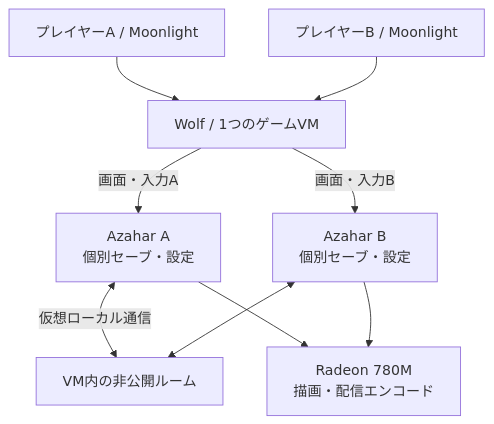
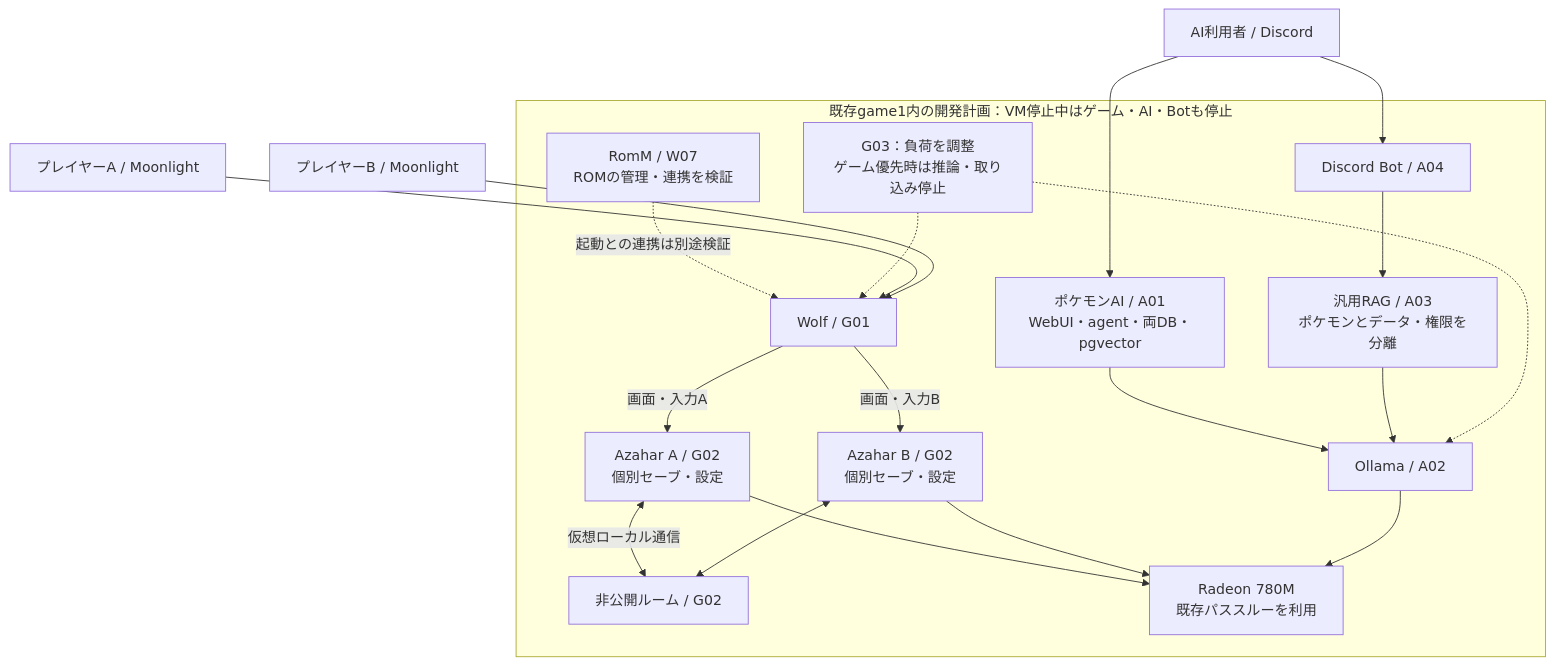
The diagram in docs/architecture/diagrams/gaming.mmd (rurutheGeek/shake-cloud), drawn with Mermaid before and after one commit. The commit also changed 192 other files, not shown here.

```diff
--- a/docs/architecture/diagrams/gaming.mmd
+++ b/docs/architecture/diagrams/gaming.mmd
@@ -1,9 +1,34 @@
 flowchart TB
-  a["プレイヤーA / Moonlight"] --> wolf["Wolf / 1つのゲームVM"]
-  b["プレイヤーB / Moonlight"] --> wolf
-  wolf -->|画面・入力A| ea["Azahar A<br/>個別セーブ・設定"]
-  wolf -->|画面・入力B| eb["Azahar B<br/>個別セーブ・設定"]
-  ea <-->|仮想ローカル通信| room["VM内の非公開ルーム"]
-  eb <--> room
-  ea --> gpu["Radeon 780M<br/>描画・配信エンコード"]
-  eb --> gpu
+  a["プレイヤーA / Moonlight"]
+  b["プレイヤーB / Moonlight"]
+  user["AI利用者 / Discord"]
+  subgraph vm["既存game1内の開発計画：VM停止中はゲーム・AI・Botも停止"]
+    wolf["Wolf / G01"]
+    ea["Azahar A / G02<br/>個別セーブ・設定"]
+    eb["Azahar B / G02<br/>個別セーブ・設定"]
+    room["非公開ルーム / G02"]
+    romm["RomM / W07<br/>ROMの管理・連携を検証"]
+    pokemon["ポケモンAI / A01<br/>WebUI・agent・両DB・pgvector"]
+    rag["汎用RAG / A03<br/>ポケモンとデータ・権限を分離"]
+    bot["Discord Bot / A04"]
+    ollama["Ollama / A02"]
+    gpu["Radeon 780M<br/>既存パススルーを利用"]
+    profile["G03：負荷を調整<br/>ゲーム優先時は推論・取り込み停止"]
+    wolf -->|画面・入力A| ea
+    wolf -->|画面・入力B| eb
+    ea <-->|仮想ローカル通信| room
+    eb <--> room
+    ea --> gpu
+    eb --> gpu
+    romm -. 起動との連携は別途検証 .-> wolf
+    pokemon --> ollama
+    bot --> rag
+    rag --> ollama
+    ollama --> gpu
+    profile -.-> ollama
+    profile -.-> wolf
+  end
+  a --> wolf
+  b --> wolf
+  user --> pokemon
+  user --> bot
```
